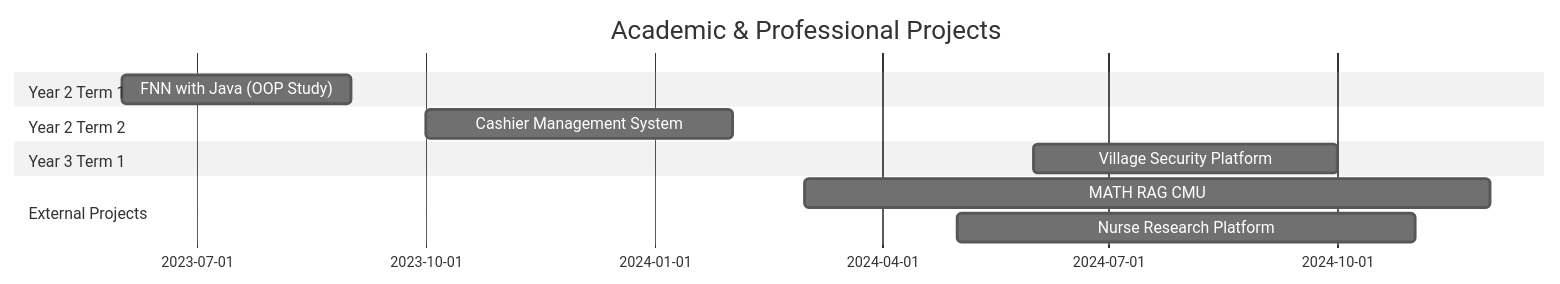
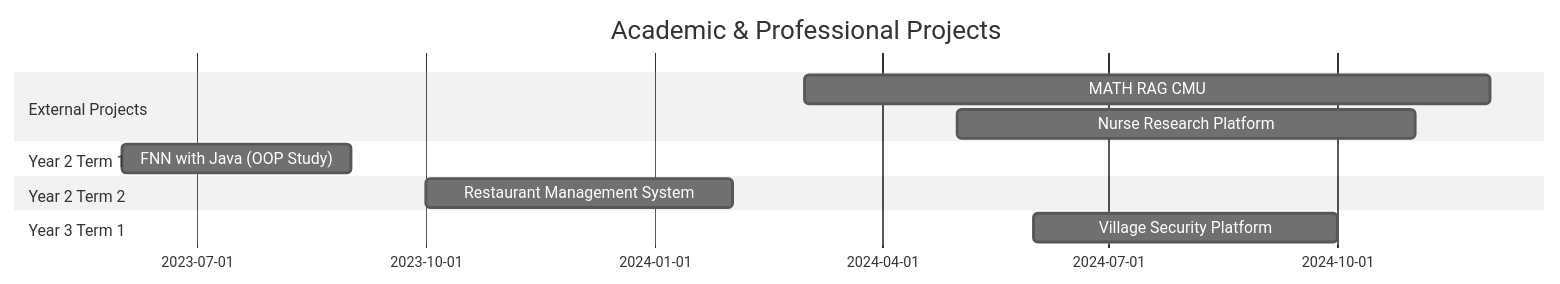
Before and after one commit to Thanarak-q/Thanarak-q: the diagram in README.md, drawn with Mermaid (neutral theme). The commit also changed other lines of this file, not shown here.

````diff
--- a/README.md
+++ b/README.md
@@ -254,14 +304,14 @@
 ```mermaid
 gantt
     title Academic & Professional Projects
     dateFormat YYYY-MM
+    section External Projects
+    MATH RAG CMU                 :2024-03, 2024-12
+    Nurse Research Platform      :2024-05, 2024-11
     section Year 2 Term 1
     FNN with Java (OOP Study)    :2023-06, 2023-09
     section Year 2 Term 2
-    Cashier Management System    :2023-10, 2024-02
+    Restaurant Management System :2023-10, 2024-02
     section Year 3 Term 1
     Village Security Platform    :2024-06, 2024-10
-    section External Projects
-    MATH RAG CMU                 :2024-03, 2024-12
-    Nurse Research Platform      :2024-05, 2024-11
 ```
````
